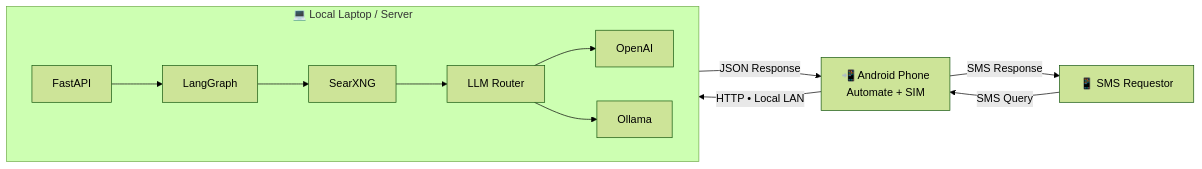
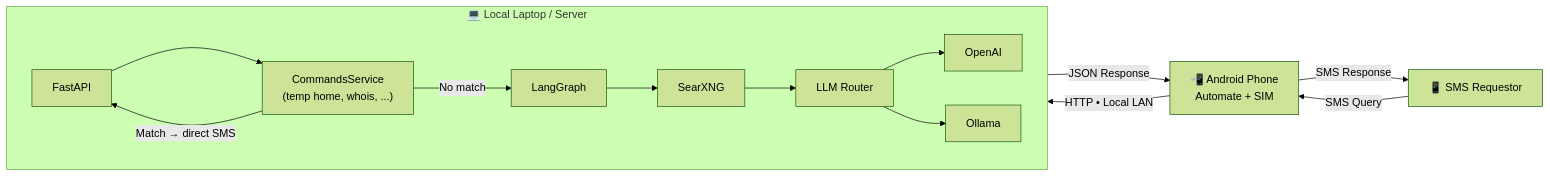
Before and after one commit to coolomya/SMS-AI-Websearch: the diagram in README.md, drawn with Mermaid (forest theme). The commit also changed other lines of this file, not shown here.

First line of the commit message:
Enhance README with SMS commands and architecture updates

````diff
--- a/README.md
+++ b/README.md
@@ -33,30 +34,33 @@
 ```mermaid
 flowchart LR
     Requestor["📱 SMS Requestor"]
 
     Android["📲 Android Phone<br/>Automate + SIM"]
 
     subgraph Server["💻 Local Laptop / Server"]
         direction LR
 
         FastAPI["FastAPI"]
+        Commands["CommandsService<br/>(temp home, whois, ...)"]
         LangGraph["LangGraph"]
         SearXNG["SearXNG"]
         Router["LLM Router"]
 
         OpenAI["OpenAI"]
         Ollama["Ollama"]
 
-        FastAPI --> LangGraph
+        FastAPI --> Commands
+        Commands -->|"No match"| LangGraph
+        Commands -->|"Match → direct SMS"| FastAPI
         LangGraph --> SearXNG
         SearXNG --> Router
 
         Router --> OpenAI
         Router --> Ollama
     end
 
     Requestor -->|"SMS Query"| Android
     Android -->|"HTTP • Local LAN"| FastAPI
     FastAPI -->|"JSON Response"| Android
     Android -->|"SMS Response"| Requestor
 ```
````
